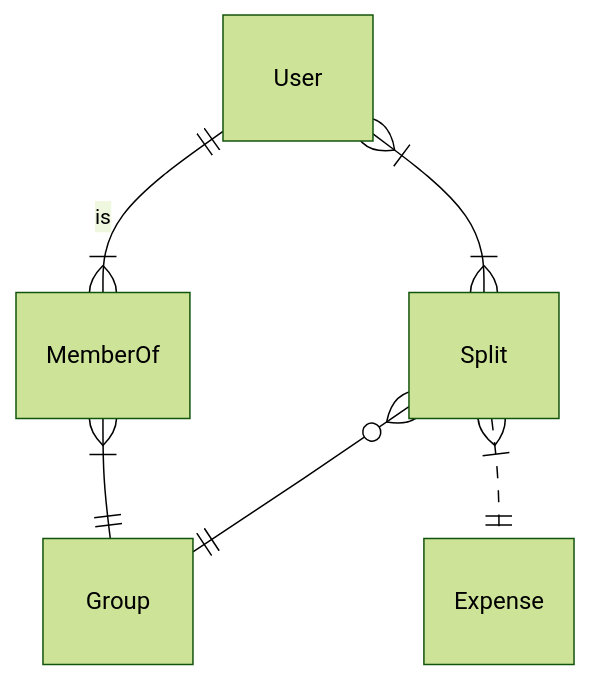
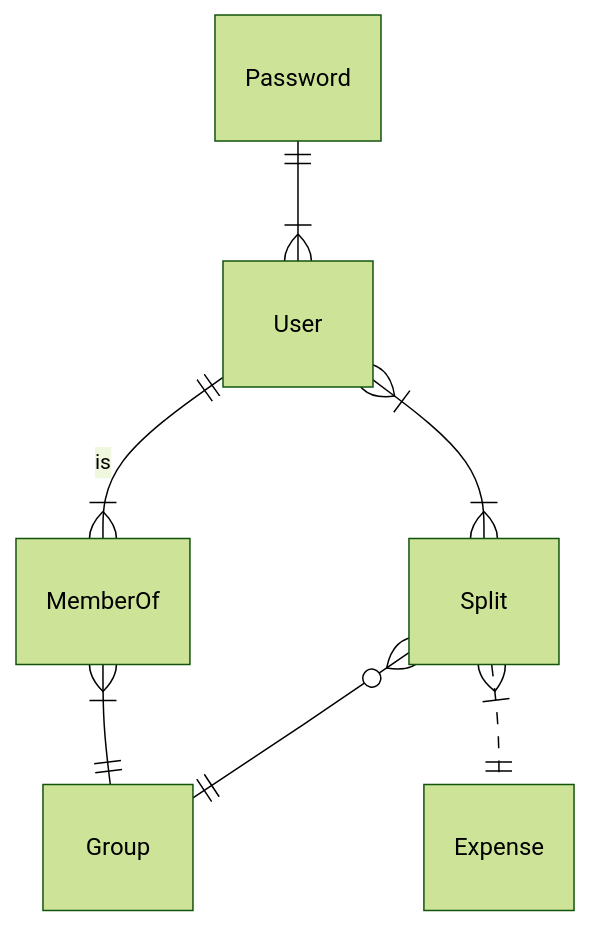
The second of 2 diagrams in README.md (lteran9/ExpenseWise), drawn with Mermaid (forest theme) before and after one commit. The commit also changed 3 other files, not shown here.

Commit message:
Tests - Added unit tests for AutoMapper profile for Password - Updated README description and diagrams

````diff
--- a/README.md
+++ b/README.md
@@ -51,8 +51,9 @@
 ```mermaid
 erDiagram
    User ||--|{ MemberOf : is
+   Password ||--|{ User : ""
    MemberOf }|--|| Group : ""
    Split }o--|| Group : ""
    User }|--|{ Split : ""
    Split }|..|| Expense : ""
 ```
````
